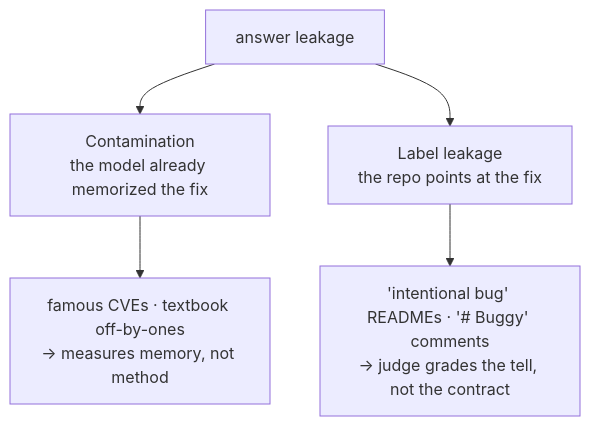
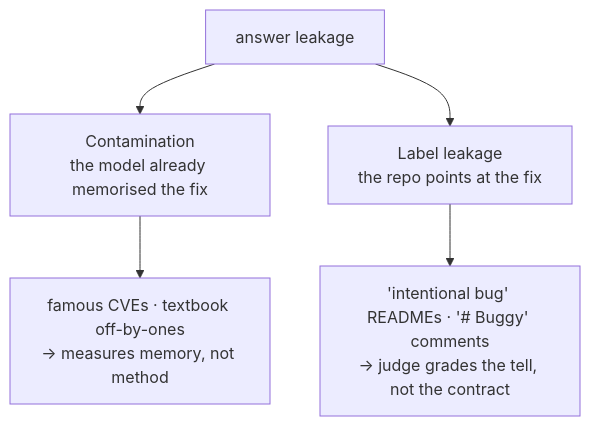
One commit to CodeBlackwell/proofbench changed the third of 3 diagrams in CORPUS.md. Above: the diagram before and after it, drawn with Mermaid. The commit also changed other lines of this file and 10 other files, not shown here.

````diff
--- a/CORPUS.md
+++ b/CORPUS.md
@@ -49,8 +65,8 @@
 ```mermaid
 flowchart TD
   task["answer leakage"]
-  task --> c["Contamination<br/>the model already memorized the fix"]
+  task --> c["Contamination<br/>the model already memorised the fix"]
   task --> l["Label leakage<br/>the repo points at the fix"]
   c --> cc["famous CVEs · textbook off-by-ones<br/>→ measures memory, not method"]
   l --> ll["'intentional bug' READMEs · '# Buggy' comments<br/>→ judge grades the tell, not the contract"]
 ```
````
